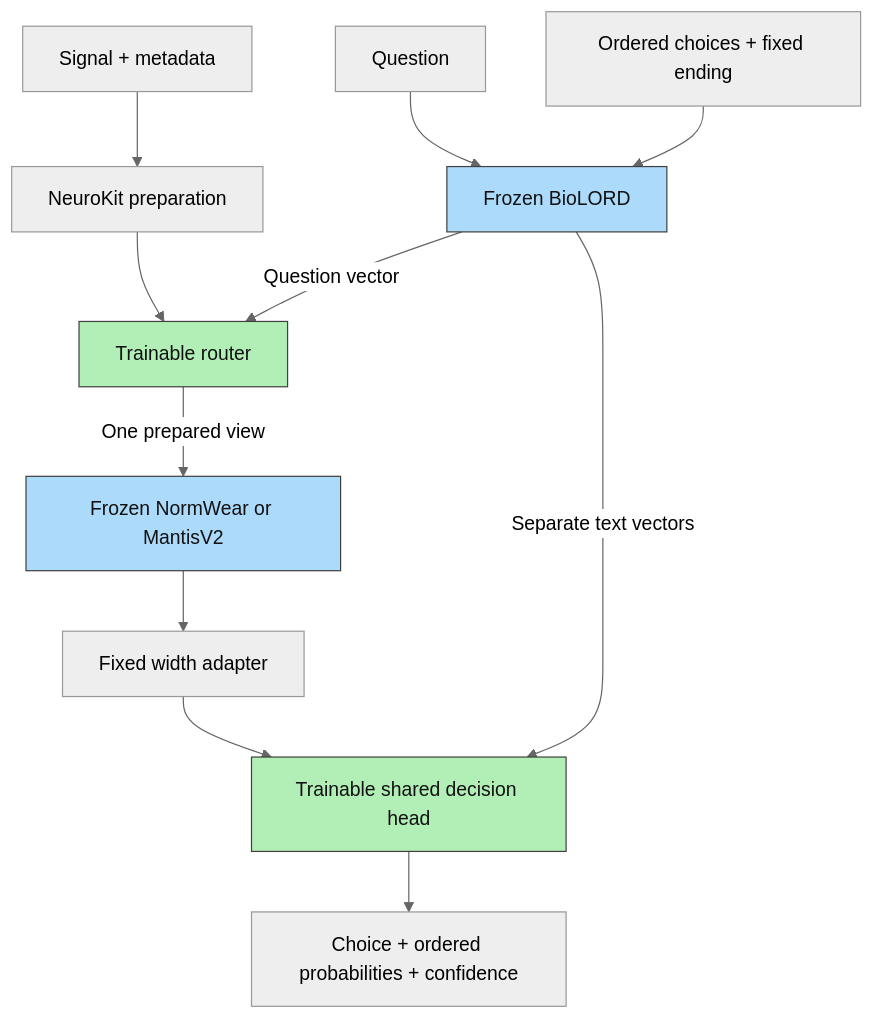
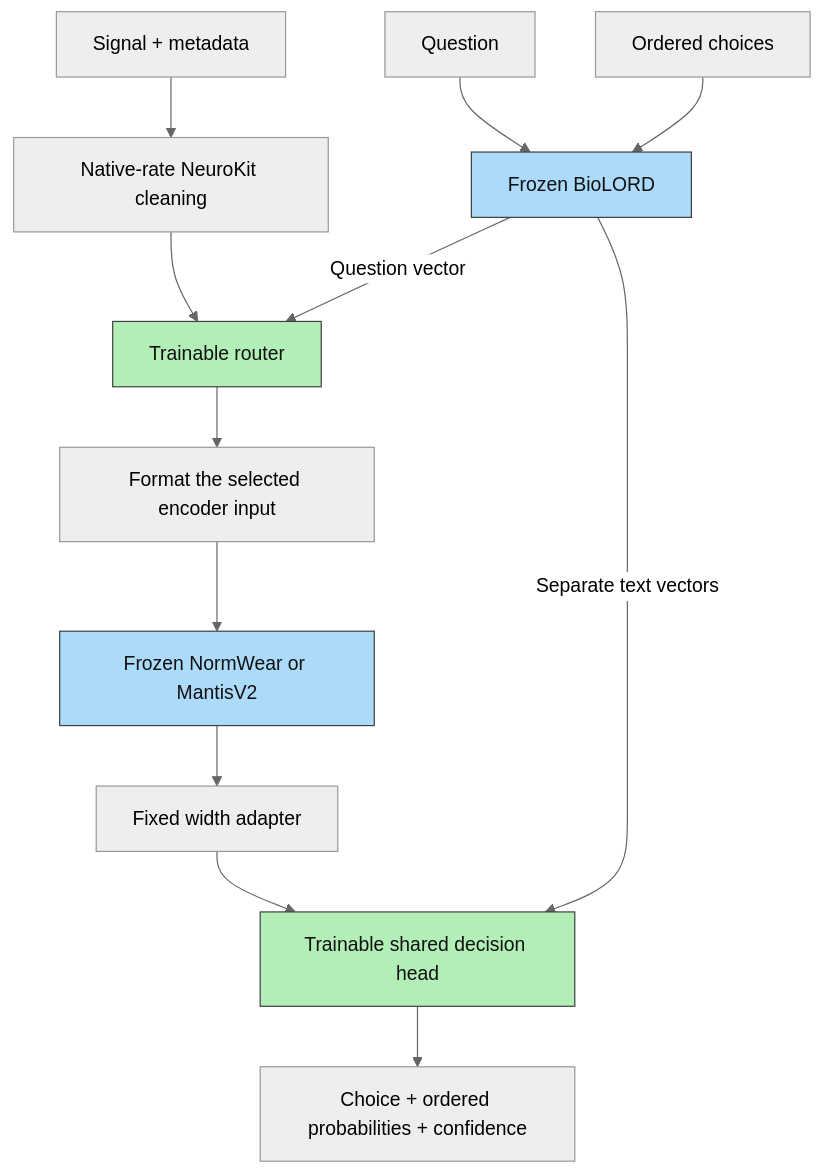
Before and after one commit to yeabwang/paya: the diagram in docs/architecture-fix.md, drawn with Mermaid (neutral theme). The commit also changed other lines of this file and 19 other files, not shown here.

````diff
--- a/docs/architecture-fix.md
+++ b/docs/architecture-fix.md
@@ -5,17 +5,18 @@
 ```mermaid
 flowchart TD
-    S[Signal + metadata] --> P[NeuroKit preparation]
+    S[Signal + metadata] --> P[Native-rate NeuroKit cleaning]
     P --> R[Trainable router]
     Q[Question] --> T[Frozen BioLORD]
-    C[Ordered choices + fixed ending] --> T
+    C[Ordered choices] --> T
     T -->|Question vector| R
-    R -->|One prepared view| E[Frozen NormWear or MantisV2]
+    R --> F[Format the selected encoder input]
+    F --> E[Frozen NormWear or MantisV2]
     E --> A[Fixed width adapter]
     A --> H[Trainable shared decision head]
     T -->|Separate text vectors| H
     H --> O[Choice + ordered probabilities + confidence]
     classDef frozen fill:#acdafa,stroke:#404040,color:#111;
     classDef trainable fill:#b2efb7,stroke:#404040,color:#111;
     class T,E frozen;
     class R,H trainable;
 ```
````
